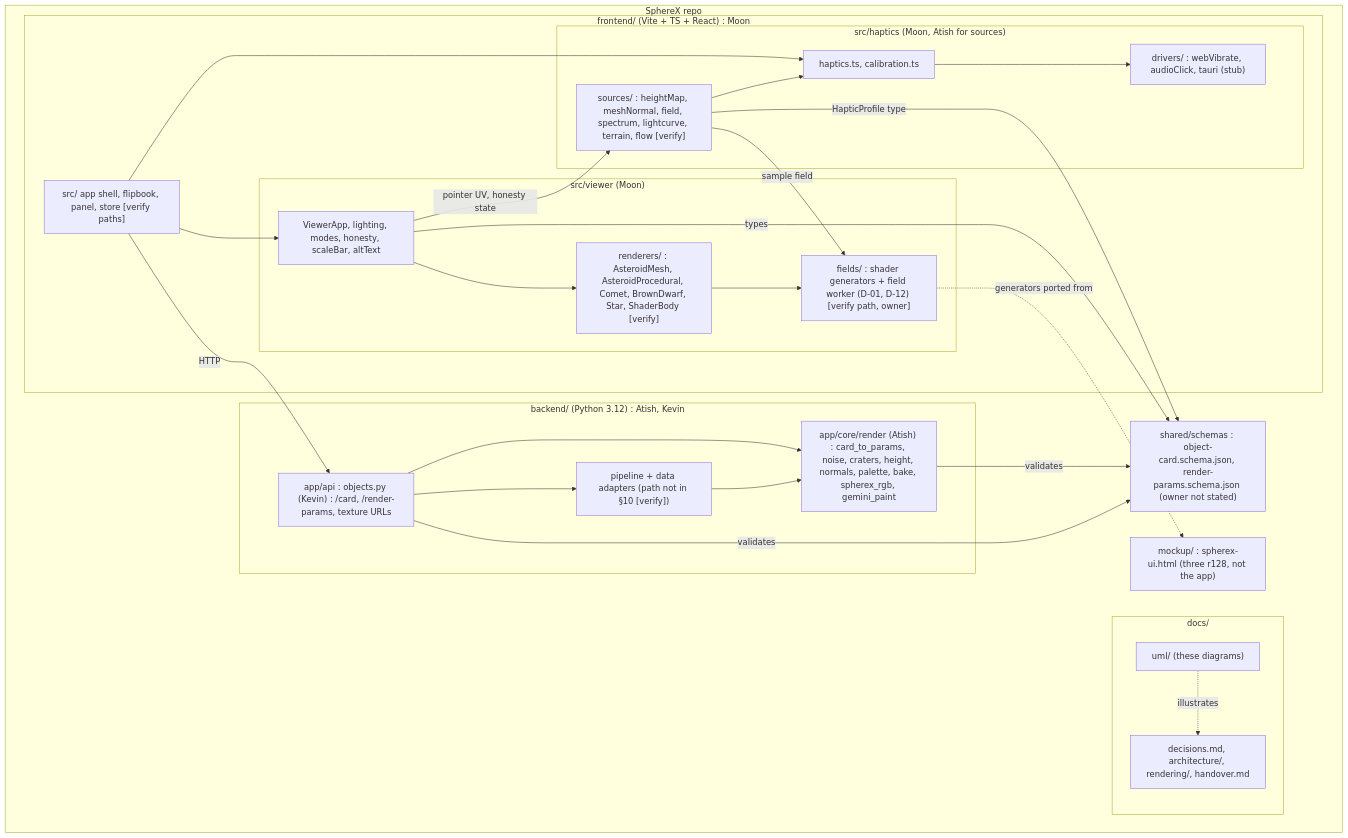
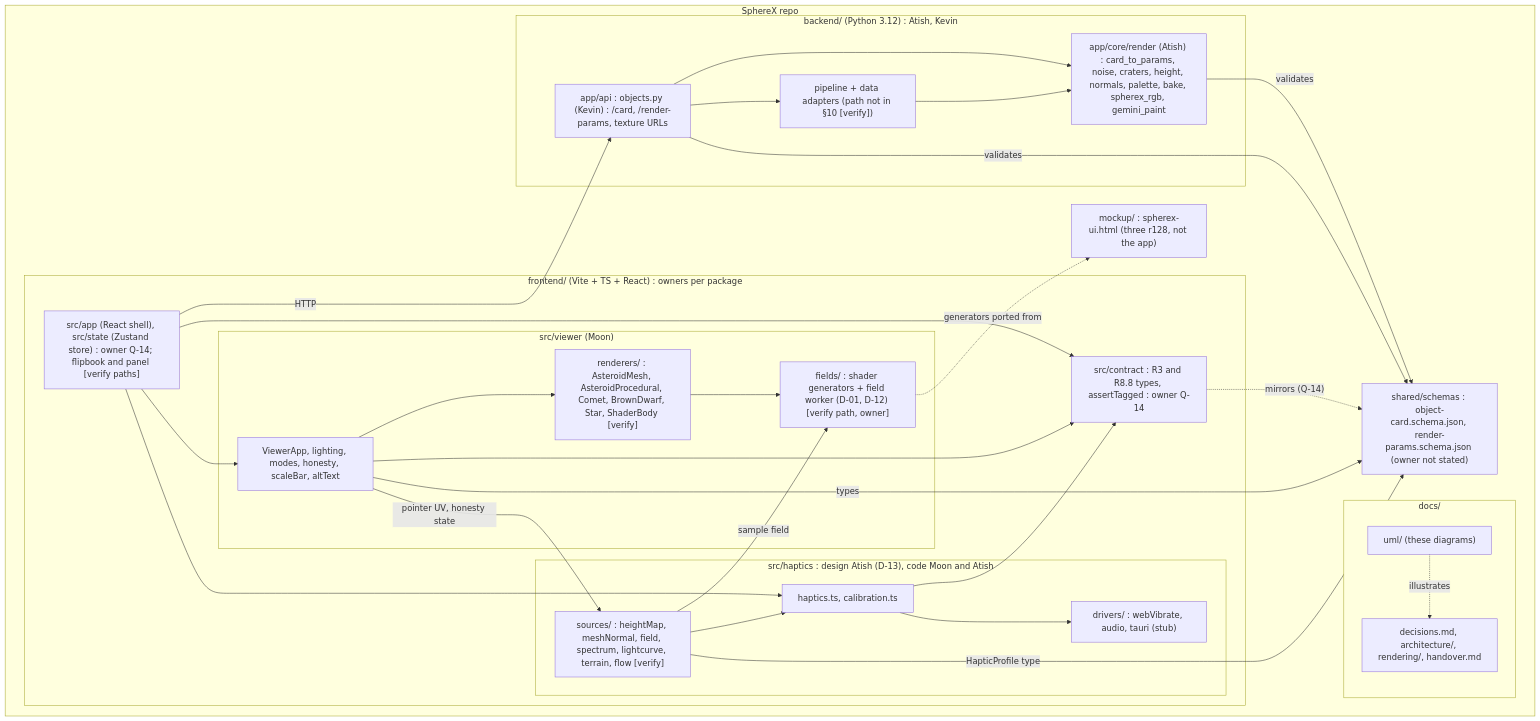
The diagram in docs/uml/04-package.md (0ffrian/SphereX), drawn with Mermaid before and after one commit. The commit also changed other lines of this file and 72 other files, not shown here.

First line of the commit message:
Set up the frontend: Vite + React + TS + Tailwind + Zustand + three r187

````diff
--- a/docs/uml/04-package.md
+++ b/docs/uml/04-package.md
@@ -5,53 +5,58 @@
 ```mermaid
 flowchart TB
   subgraph Repo["SphereX repo"]
     subgraph Docs["docs/"]
       DocSpecs["decisions.md, architecture/, rendering/, handover.md"]
       DocUML["uml/ (these diagrams)"]
     end
 
     Mockup["mockup/ : spherex-ui.html (three r128, not the app)"]
 
     subgraph Backend["backend/ (Python 3.12) : Atish, Kevin"]
       BApi["app/api : objects.py (Kevin) : /card, /render-params, texture URLs"]
       BPipe["pipeline + data adapters (path not in §10 [verify])"]
       BRender["app/core/render (Atish) : card_to_params, noise, craters, height, normals, palette, bake, spherex_rgb, gemini_paint"]
     end
 
-    subgraph Frontend["frontend/ (Vite + TS + React) : Moon"]
-      FApp["src/ app shell, flipbook, panel, store [verify paths]"]
+    subgraph Frontend["frontend/ (Vite + TS + React) : owners per package"]
+      FApp["src/app (React shell), src/state (Zustand store) : owner Q-14; flipbook and panel [verify paths]"]
+      FContract["src/contract : R3 and R8.8 types, assertTagged : owner Q-14"]
       subgraph FViewer["src/viewer (Moon)"]
         VCore["ViewerApp, lighting, modes, honesty, scaleBar, altText"]
         VRend["renderers/ : AsteroidMesh, AsteroidProcedural, Comet, BrownDwarf, Star, ShaderBody [verify]"]
         VFields["fields/ : shader generators + field worker (D-01, D-12) [verify path, owner]"]
       end
-      subgraph FHaptics["src/haptics (Moon, Atish for sources)"]
+      subgraph FHaptics["src/haptics : design Atish (D-13), code Moon and Atish"]
         HCore["haptics.ts, calibration.ts"]
-        HDrivers["drivers/ : webVibrate, audioClick, tauri (stub)"]
+        HDrivers["drivers/ : webVibrate, audio, tauri (stub)"]
         HSources["sources/ : heightMap, meshNormal, field, spectrum, lightcurve, terrain, flow [verify]"]
       end
     end
 
     Schemas["shared/schemas : object-card.schema.json, render-params.schema.json (owner not stated)"]
   end
 
   DocUML -.->|"illustrates"| DocSpecs
   BApi --> BPipe
   BApi --> BRender
   BPipe --> BRender
   BRender -->|"validates"| Schemas
   BApi -->|"validates"| Schemas
 
   FApp --> VCore
+  FApp --> FContract
+  VCore --> FContract
+  HCore --> FContract
+  FContract -.->|"mirrors (Q-14)"| Schemas
   FApp --> HCore
   FApp -->|"HTTP"| BApi
   VCore --> VRend
   VRend --> VFields
   VCore -->|"pointer UV, honesty state"| HSources
   HSources --> HCore
   HSources -->|"sample field"| VFields
   HCore --> HDrivers
   VCore -->|"types"| Schemas
   HSources -->|"HapticProfile type"| Schemas
   VFields -.->|"generators ported from"| Mockup
 ```
````
